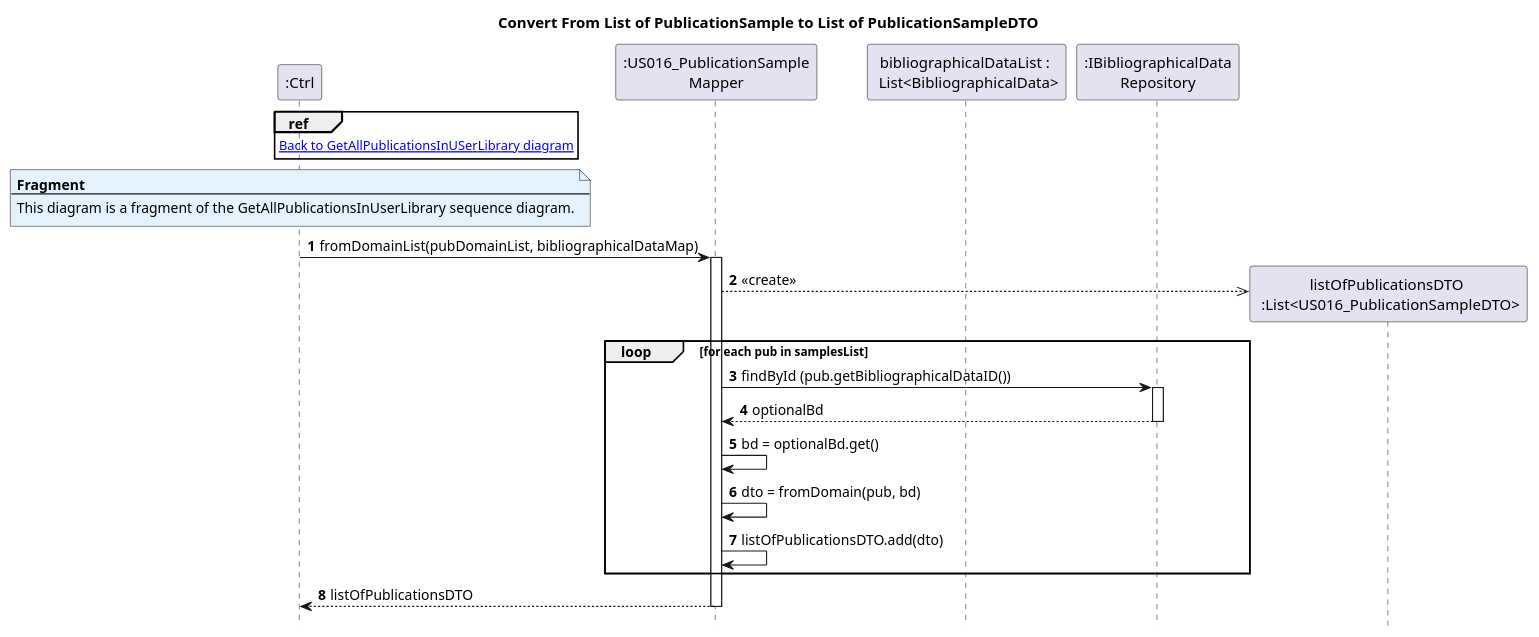
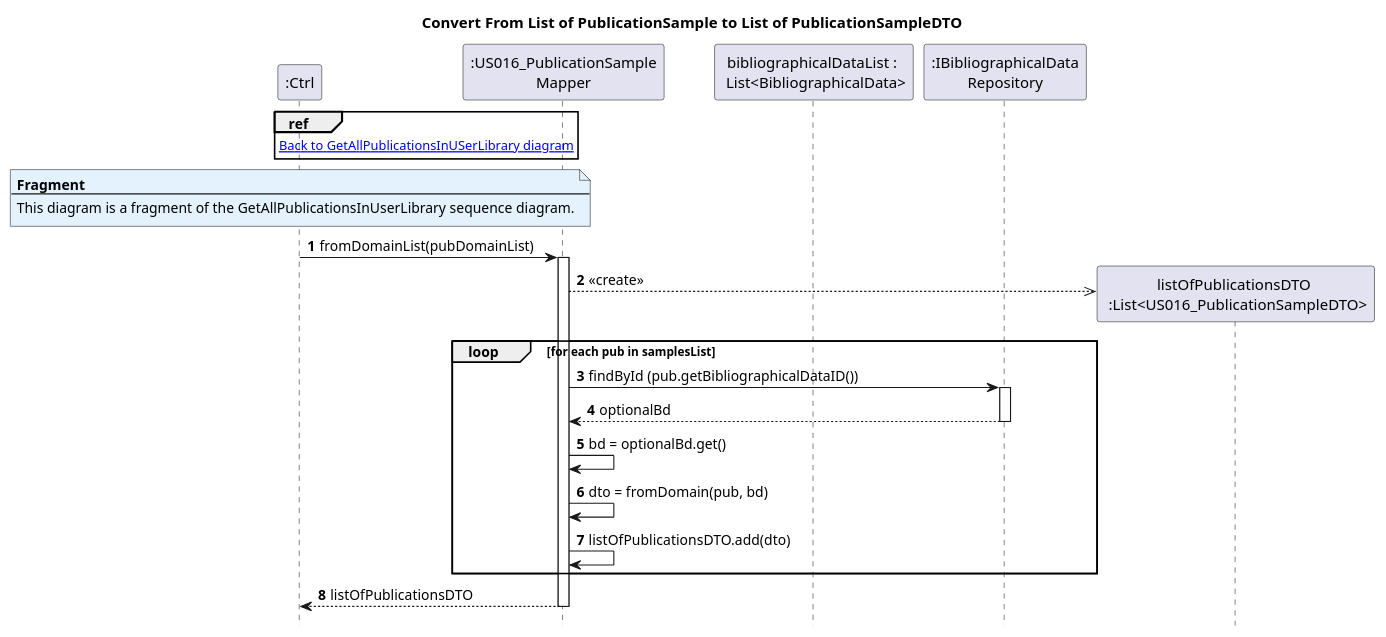
The diagram in Diagrams/SequenceDiagrams/N2/To-put-for-auction-publication-in-user-library/5.ConvertToDTOList.puml (AndrePereiraGitH/SWitCH-Project-Team_A), drawn with PlantUML before and after one commit. The commit also changed 3 other files, not shown here.

```diff
--- a/Diagrams/SequenceDiagrams/N2/To-put-for-auction-publication-in-user-library/5.ConvertToDTOList.puml
+++ b/Diagrams/SequenceDiagrams/N2/To-put-for-auction-publication-in-user-library/5.ConvertToDTOList.puml
@@ -1,47 +1,47 @@
 @startuml
 hide footbox
 autonumber
 
 title "Convert From List of PublicationSample to List of PublicationSampleDTO"
 
 participant ":Ctrl" as ctrl
 participant ":US016_PublicationSample\nMapper" as pubMapper
 participant "bibliographicalDataList : \n List<BibliographicalData>" as bdMap
 participant ":IBibliographicalData\nRepository" as biblioRepo
 
 participant "listOfPublicationsDTO \n :List<US016_PublicationSampleDTO>" as dtoList
 
 
 ref over ctrl
 [[2.GetAllPublicationsInUserLibrary.puml Back to GetAllPublicationsInUSerLibrary diagram]]
 end ref
 
 note over ctrl #E3F2FD
 <b>Fragment</b>
 ---
 This diagram is a fragment of the GetAllPublicationsInUserLibrary sequence diagram.
 end note
 
-ctrl -> pubMapper : fromDomainList(pubDomainList, bibliographicalDataMap)
+ctrl -> pubMapper : fromDomainList(pubDomainList)
 activate pubMapper
 
 pubMapper -->> dtoList ** : <<create>>
 
 loop for each pub in samplesList
     pubMapper -> biblioRepo : findById (pub.getBibliographicalDataID())
     activate biblioRepo
     biblioRepo --> pubMapper : optionalBd
     deactivate biblioRepo
 
     pubMapper -> pubMapper : bd = optionalBd.get()
 
     pubMapper -> pubMapper : dto = fromDomain(pub, bd)
     pubMapper -> pubMapper : listOfPublicationsDTO.add(dto)
 
 end
 
 
 pubMapper --> ctrl : listOfPublicationsDTO
 deactivate pubMapper
 deactivate ctrl
 @enduml
```
